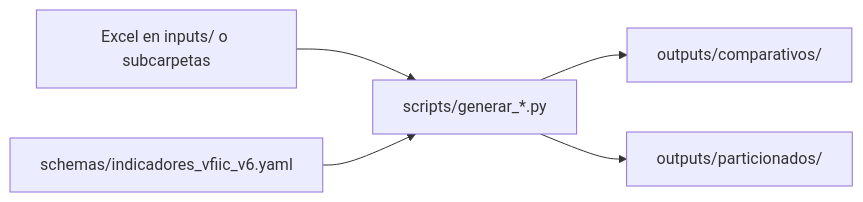
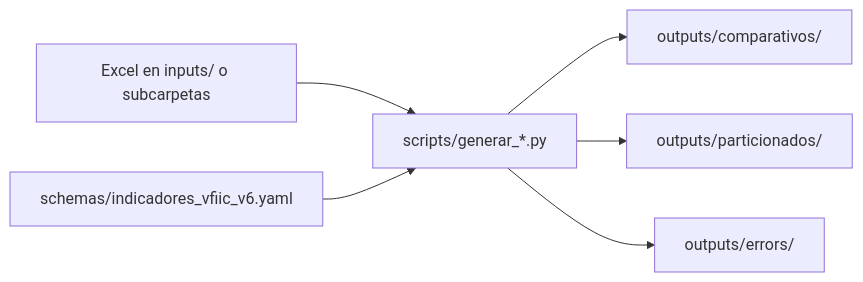
Before and after one commit to jesusrloza/vfiic-kpis-operativos: the diagram in docs/guia-operativa.md, drawn with Mermaid. The commit also changed other lines of this file and 30 other files, not shown here.

````diff
--- a/docs/guia-operativa.md
+++ b/docs/guia-operativa.md
@@ -67,12 +93,14 @@
 ```mermaid
 flowchart LR
   excel["Excel en inputs/ o subcarpetas"]
   yaml["schemas/indicadores_vfiic_v6.yaml"]
   script["scripts/generar_*.py"]
   outComp["outputs/comparativos/"]
   outPart["outputs/particionados/"]
+  outErr["outputs/errors/"]
   excel --> script
   yaml --> script
   script --> outComp
   script --> outPart
+  script --> outErr
 ```
````
